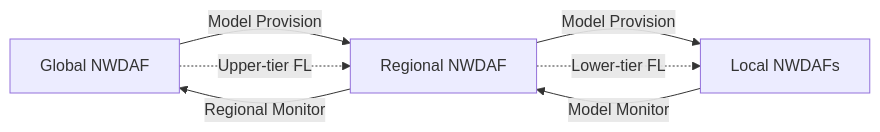
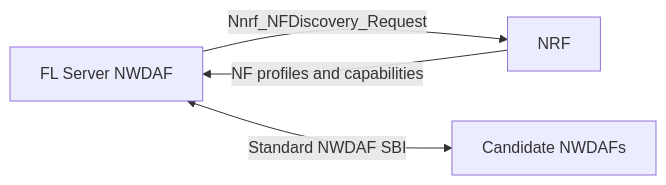
The first of 4 diagrams in docs/notes/distributed/overview/hierarchical_fl_meeting_overview.md (ChingJe/nwdaf-docs), drawn with Mermaid before and after one commit. The commit also changed other lines of this file and 1 other file, not shown here.

````diff
--- a/docs/notes/distributed/overview/hierarchical_fl_meeting_overview.md
+++ b/docs/notes/distributed/overview/hierarchical_fl_meeting_overview.md
@@ -137,15 +22,10 @@
-```mermaid
+~~~mermaid
 flowchart LR
-    G[Global NWDAF]
-    R[Regional NWDAF]
-    L[Local NWDAFs]
+    S[FL Server NWDAF]
+    NRF[NRF]
+    C[Candidate NWDAFs]
 
-    G -->|Model Provision| R
-    R -->|Model Provision| L
-
-    L -->|Model Monitor| R
-    R -->|Regional Monitor| G
-
-    G -. Upper-tier FL .-> R
-    R -. Lower-tier FL .-> L
-```
+    S -->|Nnrf_NFDiscovery_Request| NRF
+    NRF -->|NF profiles and capabilities| S
+    S <-->|Standard NWDAF SBI| C
+~~~
````
